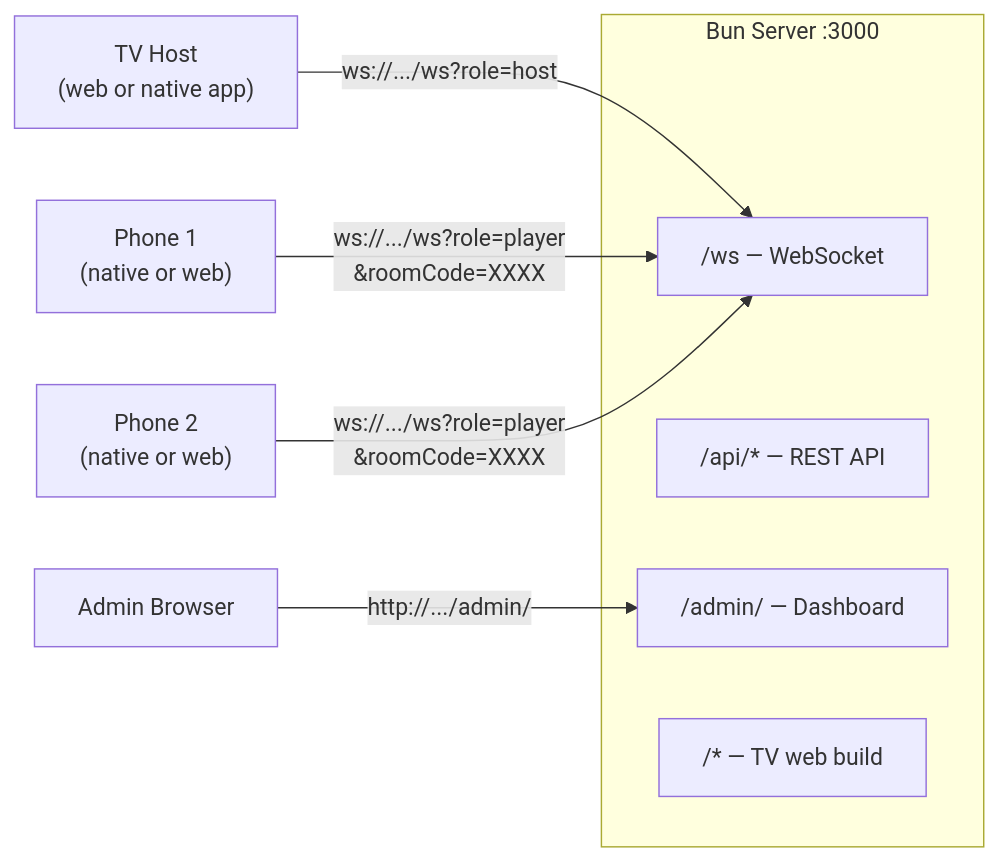
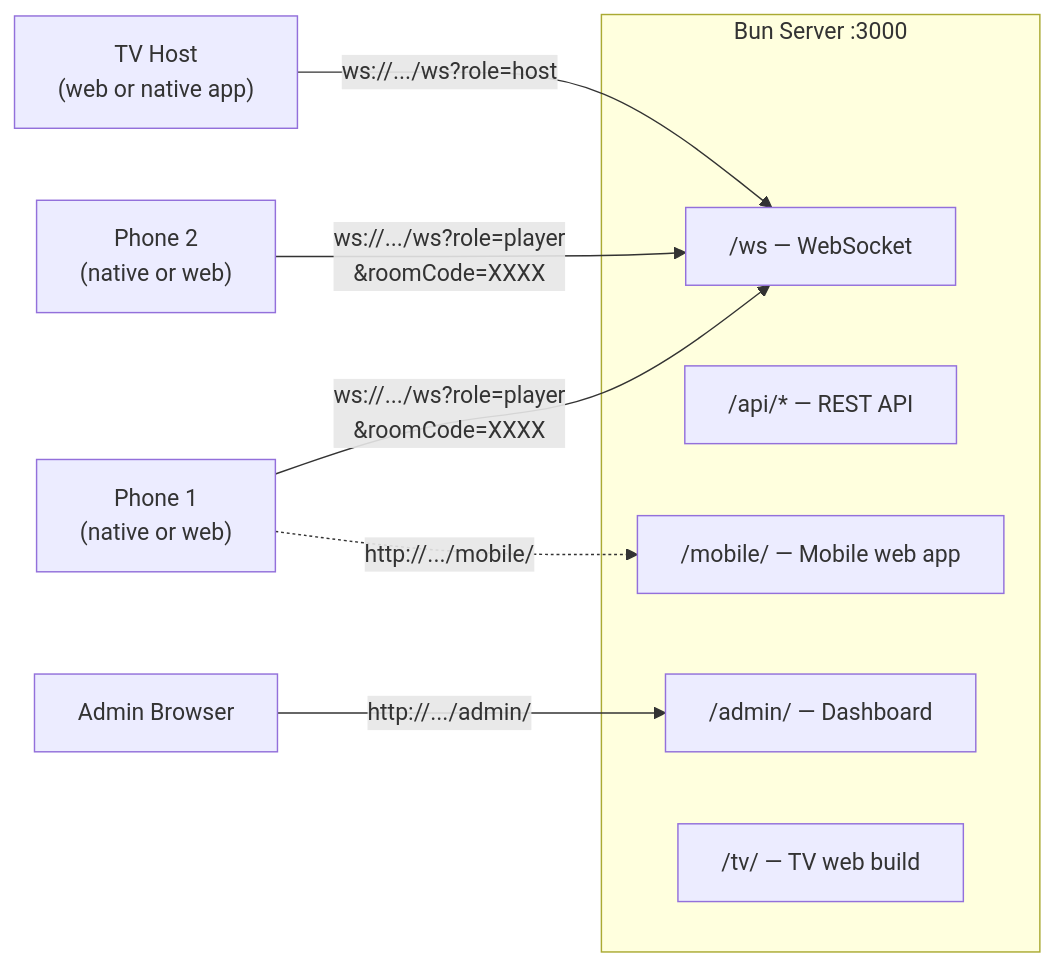
Before and after one commit to laguna-engineering/UnfairEnough: the first of 3 diagrams in README.md, drawn with Mermaid. The commit also changed other lines of this file and 8 other files, not shown here.

````diff
--- a/README.md
+++ b/README.md
@@ -32,19 +32,21 @@
 ```mermaid
 graph LR
     subgraph Server["Bun Server :3000"]
         WS["/ws — WebSocket"]
         API["/api/* — REST API"]
         Admin["/admin/ — Dashboard"]
-        Static["/* — TV web build"]
+        Mobile["/mobile/ — Mobile web app"]
+        TV_Static["/tv/ — TV web build"]
     end
 
     TV["TV Host<br/>(web or native app)"]
     P1["Phone 1<br/>(native or web)"]
     P2["Phone 2<br/>(native or web)"]
     Browser["Admin Browser"]
 
     TV -- "ws://.../ws?role=host" --> WS
     P1 -- "ws://.../ws?role=player<br/>&roomCode=XXXX" --> WS
     P2 -- "ws://.../ws?role=player<br/>&roomCode=XXXX" --> WS
+    P1 -. "http://.../mobile/" .-> Mobile
     Browser -- "http://.../admin/" --> Admin
 ```
````
